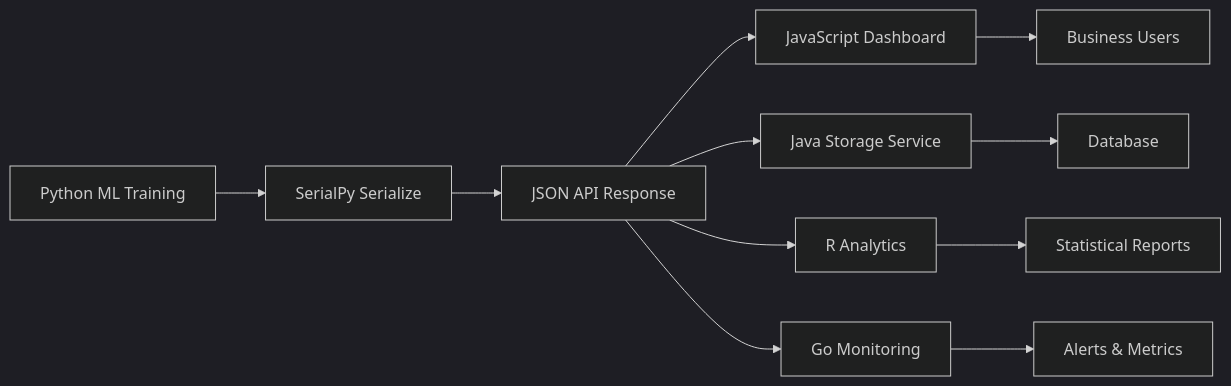
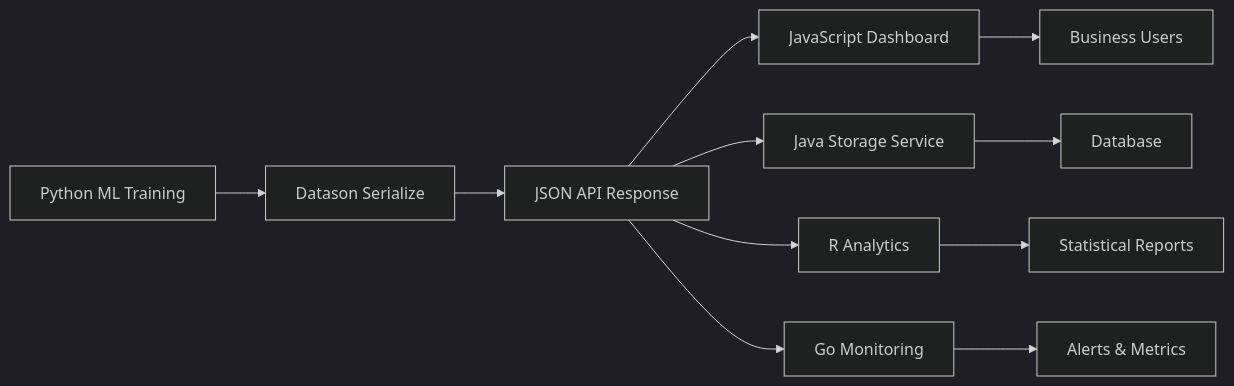
Before and after one commit to danielendler/datason: the diagram in docs/AI_USAGE_GUIDE.md, drawn with Mermaid (dark theme). The commit also changed other lines of this file and 48 other files, not shown here.

````diff
--- a/docs/AI_USAGE_GUIDE.md
+++ b/docs/AI_USAGE_GUIDE.md
@@ -257,14 +257,14 @@
 ```mermaid
 graph LR
-    A[Python ML Training] --> B[SerialPy Serialize]
+    A[Python ML Training] --> B[Datason Serialize]
     B --> C[JSON API Response]
     C --> D[JavaScript Dashboard]
     C --> E[Java Storage Service]
     C --> F[R Analytics]
     C --> G[Go Monitoring]
 
     D --> H[Business Users]
     E --> I[Database]
     F --> J[Statistical Reports]
     G --> K[Alerts & Metrics]
 ```
````
